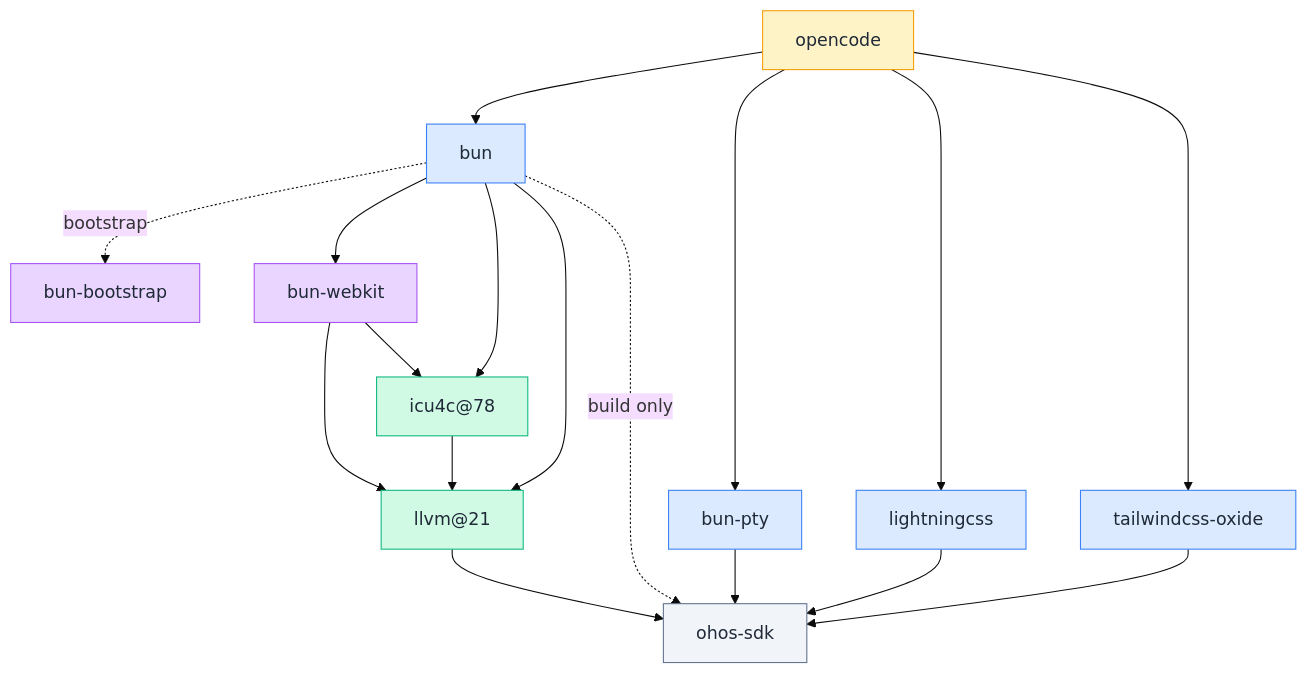
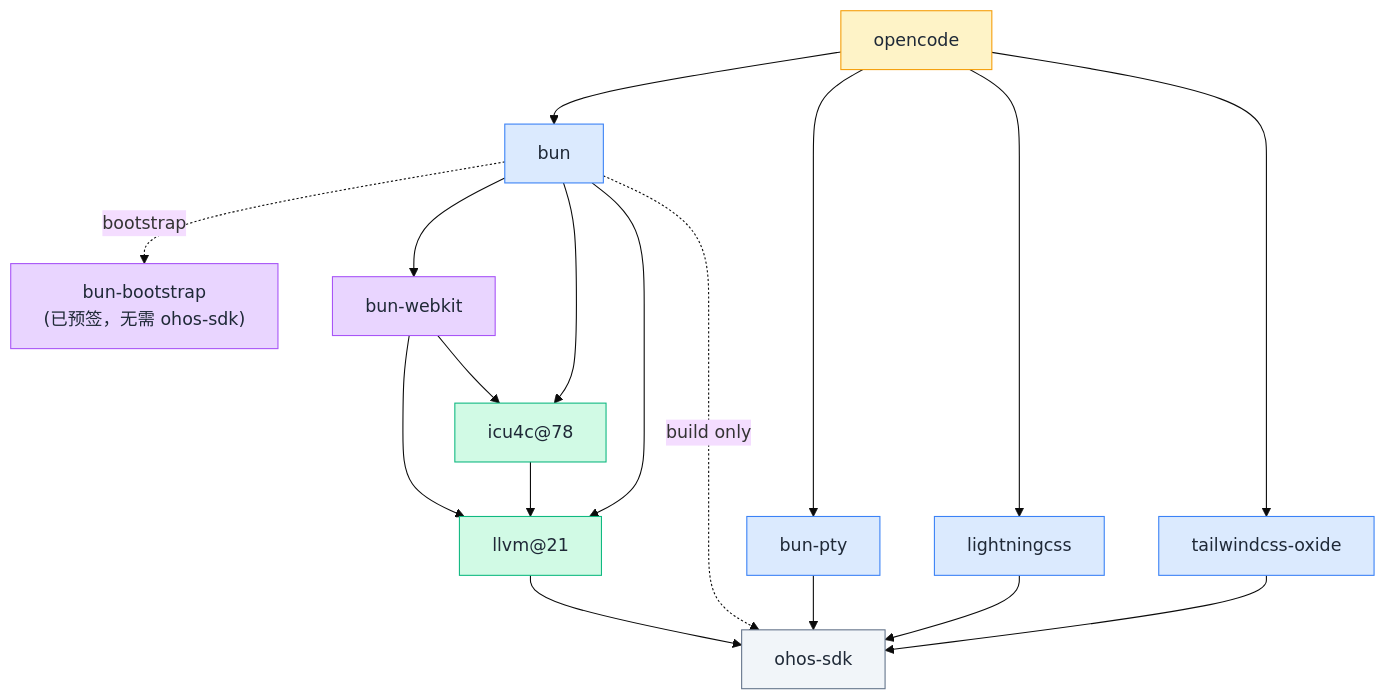
Before and after one commit to social4hyq/homebrew-core: the diagram in README.md, drawn with Mermaid (base theme).

Commit message:
docs: annotate bun-bootstrap node — pre-signed, no ohos-sdk

````diff
--- a/README.md
+++ b/README.md
@@ -71,43 +71,43 @@
 ```mermaid
 graph TD
     classDef app fill:#fef3c7,stroke:#f59e0b,color:#1f2937
     classDef rt fill:#dbeafe,stroke:#3b82f6,color:#1f2937
     classDef boot fill:#e9d5ff,stroke:#a855f7,color:#1f2937
     classDef tc fill:#d1fae5,stroke:#10b981,color:#1f2937
     classDef sdk fill:#f1f5f9,stroke:#64748b,color:#1f2937
 
     opencode:::app
 
     bun:::rt
     pty[bun-pty]:::rt
     lcss[lightningcss]:::rt
     tw[tailwindcss-oxide]:::rt
 
-    bb[bun-bootstrap]:::boot
+    bb["bun-bootstrap\n(已预签，无需 ohos-sdk)"]:::boot
     bw[bun-webkit]:::boot
 
     llvm["llvm@21"]:::tc
     icu["icu4c@78"]:::tc
 
     sdk[ohos-sdk]:::sdk
 
     opencode --> bun
     opencode --> pty
     opencode --> lcss
     opencode --> tw
 
     bun -.->|bootstrap| bb
     bun --> bw
     bun --> icu
     bun --> llvm
 
     bw --> llvm
     bw --> icu
     icu --> llvm
 
     llvm --> sdk
     bun -.->|build only| sdk
     pty --> sdk
     lcss --> sdk
     tw --> sdk
 ```
````
